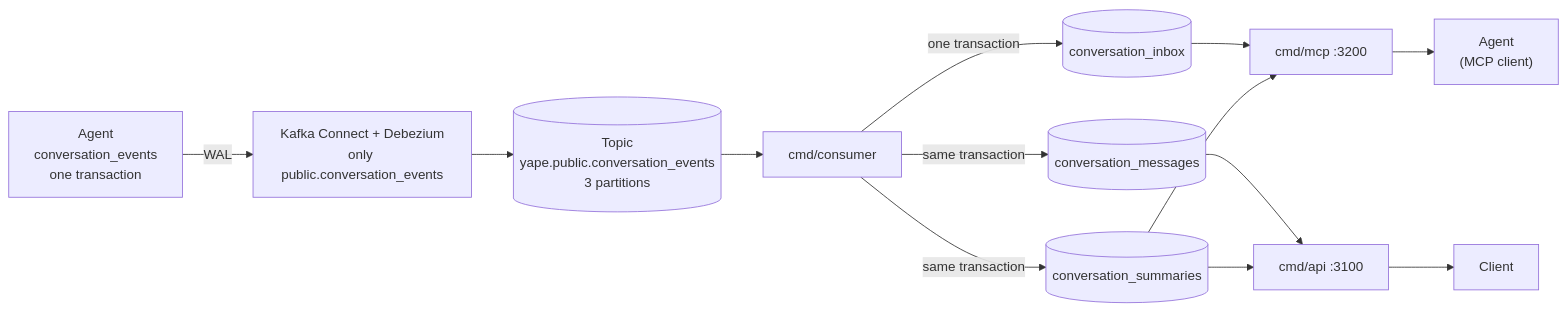
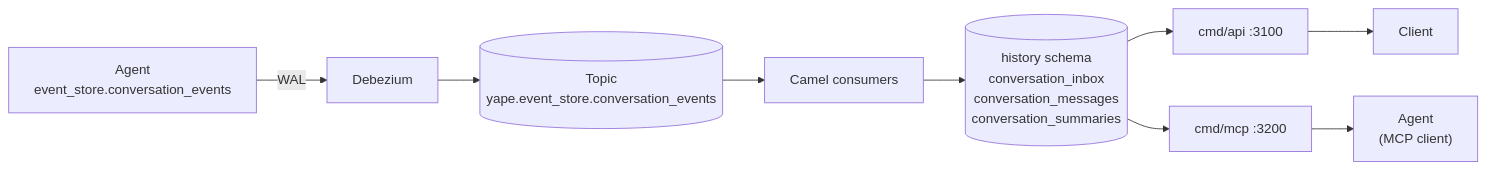
Before and after one commit to m-almeida-p/ms-ml-conv-history-bs: the diagram in README.md, drawn with Mermaid. The commit also changed other lines of this file and 67 other files, not shown here.

First line of the commit message:
Remove the Go consumer: the Camel consumers write the history now

````diff
--- a/README.md
+++ b/README.md
@@ -10,15 +13,11 @@
 ```mermaid
 flowchart LR
-    A["Agent<br/>conversation_events<br/>one transaction"] -->|"WAL"| D["Kafka Connect + Debezium<br/>only public.conversation_events"]
-    D --> K[("Topic<br/>yape.public.conversation_events<br/>3 partitions")]
-    K --> C["cmd/consumer"]
-    C -->|"one transaction"| I[("conversation_inbox")]
-    C -->|"same transaction"| M[("conversation_messages")]
-    C -->|"same transaction"| S[("conversation_summaries")]
-    M --> H["cmd/api :3100"]
-    S --> H
+    A["Agent<br/>event_store.conversation_events"] -->|"WAL"| D["Debezium"]
+    D --> K[("Topic<br/>yape.event_store.conversation_events")]
+    K --> C["Camel consumers"]
+    C --> T[("history schema<br/>conversation_inbox<br/>conversation_messages<br/>conversation_summaries")]
+    T --> H["cmd/api :3100"]
+    T --> G["cmd/mcp :3200"]
     H --> U["Client"]
-    I --> G["cmd/mcp :3200"]
-    S --> G
     G --> AG["Agent<br/>(MCP client)"]
 ```
````
